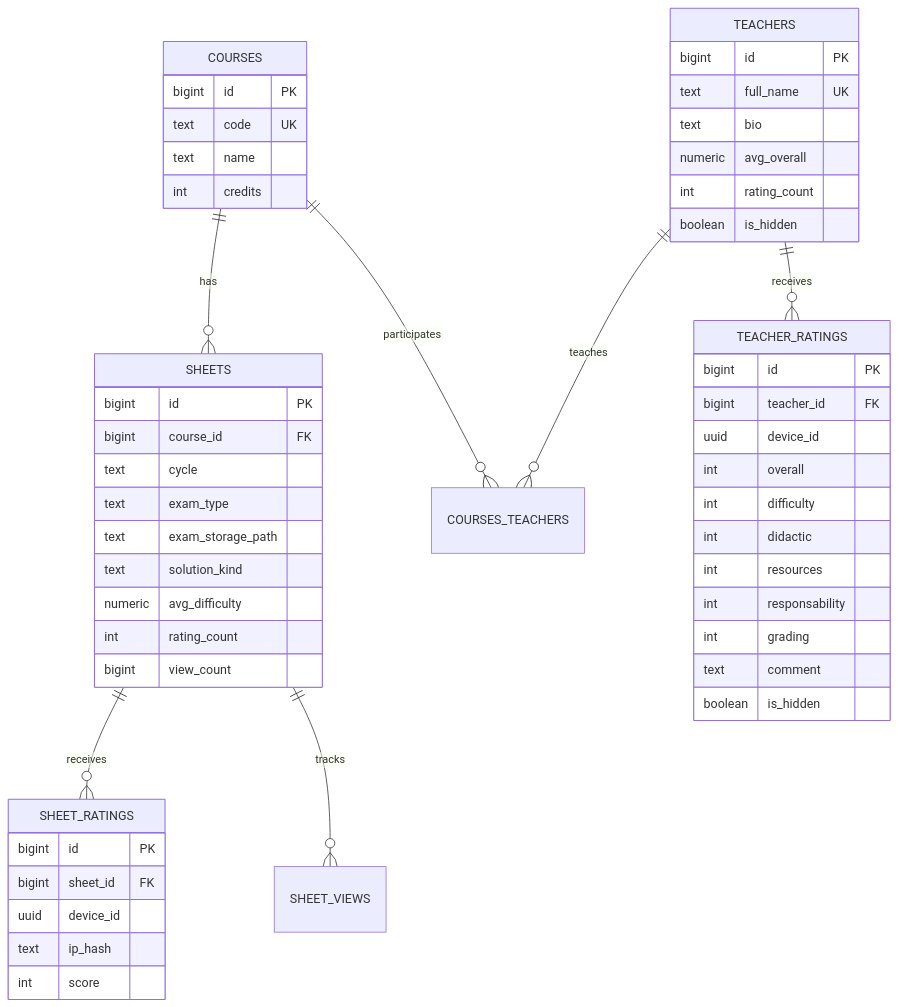
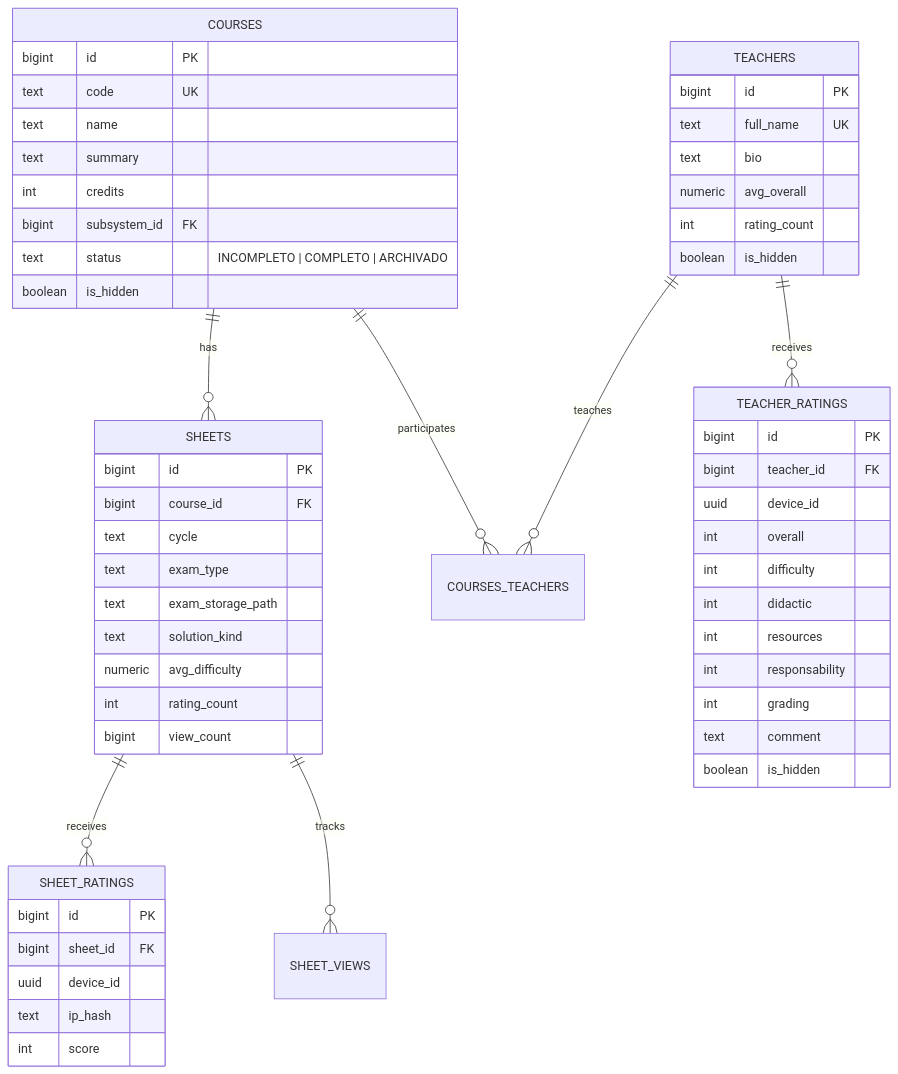
Before and after one commit to ccUnicode/TrikaWeb: the ninth of 10 diagrams in docs/flujos.md, drawn with Mermaid. The commit also changed 9 other files, not shown here.

````diff
--- a/docs/flujos.md
+++ b/docs/flujos.md
@@ -207,59 +207,63 @@
 ```mermaid
 erDiagram
     COURSES ||--o{ SHEETS : has
     COURSES ||--o{ COURSES_TEACHERS : participates
     TEACHERS ||--o{ COURSES_TEACHERS : teaches
     TEACHERS ||--o{ TEACHER_RATINGS : receives
     SHEETS ||--o{ SHEET_RATINGS : receives
     SHEETS ||--o{ SHEET_VIEWS : tracks
     
     COURSES {
         bigint id PK
         text code UK
         text name
+        text summary
         int credits
+        bigint subsystem_id FK
+        text status "INCOMPLETO | COMPLETO | ARCHIVADO"
+        boolean is_hidden
     }
     
     TEACHERS {
         bigint id PK
         text full_name UK
         text bio
         numeric avg_overall
         int rating_count
         boolean is_hidden
     }
     
     SHEETS {
         bigint id PK
         bigint course_id FK
         text cycle
         text exam_type
         text exam_storage_path
         text solution_kind
         numeric avg_difficulty
         int rating_count
         bigint view_count
     }
     
     SHEET_RATINGS {
         bigint id PK
         bigint sheet_id FK
         uuid device_id
         text ip_hash
         int score
     }
     
     TEACHER_RATINGS {
         bigint id PK
         bigint teacher_id FK
         uuid device_id
         int overall
         int difficulty
         int didactic
         int resources
         int responsability
         int grading
         text comment
         boolean is_hidden
     }
 ```
````
